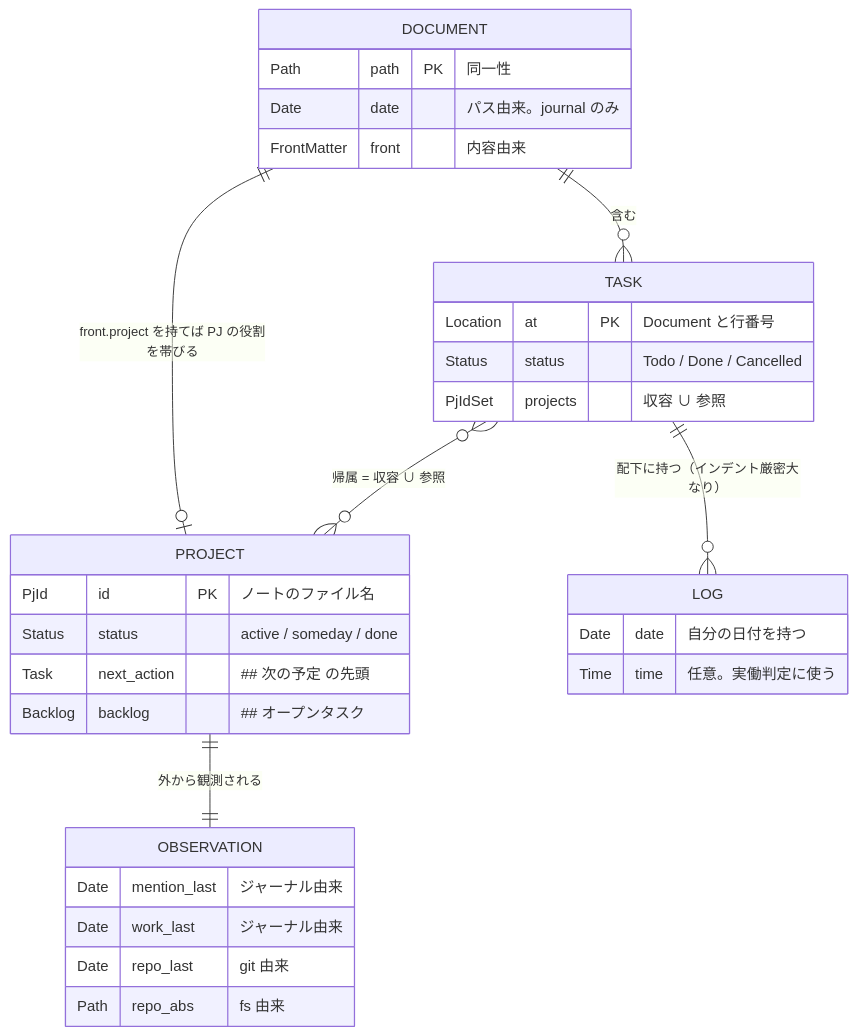
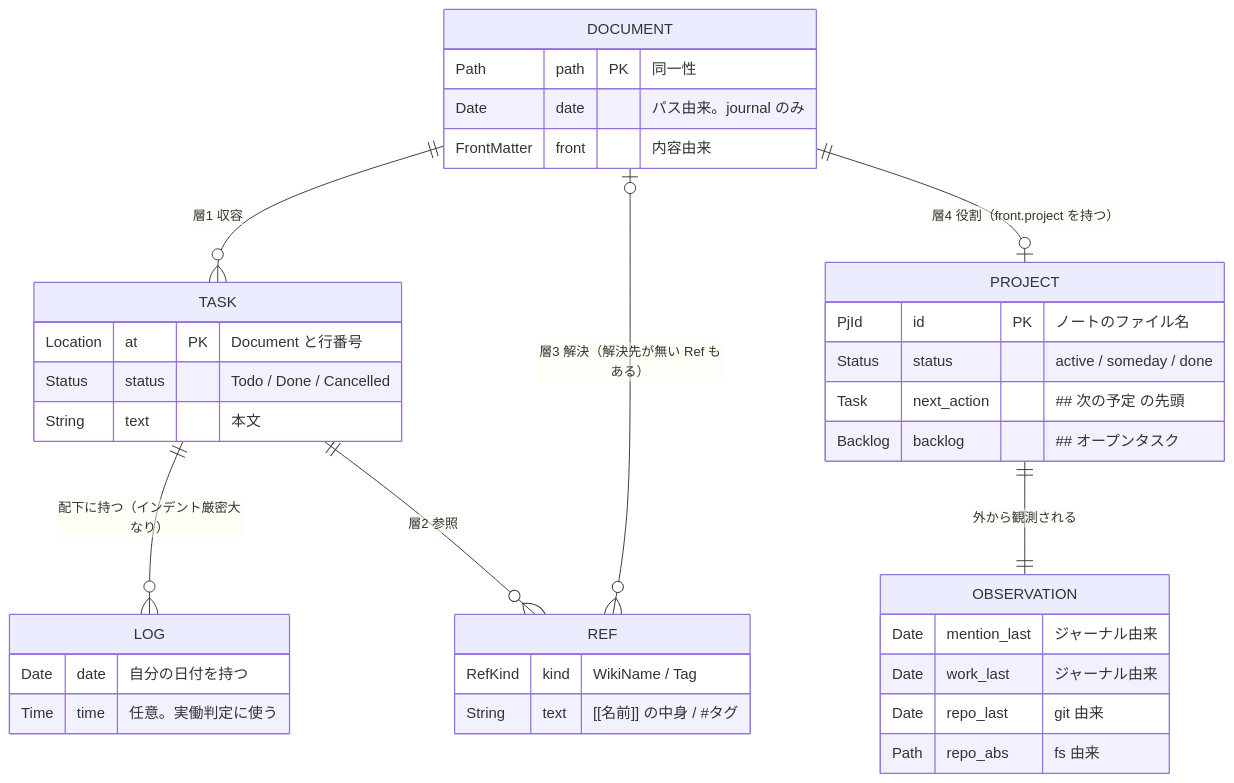
One commit to firstforest/daily-task-logger changed the first of 10 diagrams in docs/design.md. Above: the diagram before and after it, drawn with Mermaid. The commit also changed other lines of this file, not shown here.

````diff
--- a/docs/design.md
+++ b/docs/design.md
@@ -179,35 +204,40 @@
 ```mermaid
 erDiagram
-    DOCUMENT ||--o{ TASK : "含む"
-    DOCUMENT ||--o| PROJECT : "front.project を持てば PJ の役割を帯びる"
+    DOCUMENT ||--o{ TASK : "層1 収容"
     TASK ||--o{ LOG : "配下に持つ（インデント厳密大なり）"
-    TASK }o--o{ PROJECT : "帰属 = 収容 ∪ 参照"
+    TASK ||--o{ REF : "層2 参照"
+    REF }o--o| DOCUMENT : "層3 解決（解決先が無い Ref もある）"
+    DOCUMENT ||--o| PROJECT : "層4 役割（front.project を持つ）"
     PROJECT ||--|| OBSERVATION : "外から観測される"
 
     DOCUMENT {
         Path path PK "同一性"
         Date date "パス由来。journal のみ"
         FrontMatter front "内容由来"
     }
+    TASK {
+        Location at PK "Document と行番号"
+        Status status "Todo / Done / Cancelled"
+        String text "本文"
+    }
+    REF {
+        RefKind kind "WikiName / Tag"
+        String text "[[名前]] の中身 / #タグ"
+    }
     PROJECT {
         PjId id PK "ノートのファイル名"
         Status status "active / someday / done"
         Task next_action "## 次の予定 の先頭"
         Backlog backlog "## オープンタスク"
-    }
-    TASK {
-        Location at PK "Document と行番号"
-        Status status "Todo / Done / Cancelled"
-        PjIdSet projects "収容 ∪ 参照"
     }
     LOG {
         Date date "自分の日付を持つ"
         Time time "任意。実働判定に使う"
     }
     OBSERVATION {
         Date mention_last "ジャーナル由来"
         Date work_last "ジャーナル由来"
         Date repo_last "git 由来"
         Path repo_abs "fs 由来"
     }
 ```
````
